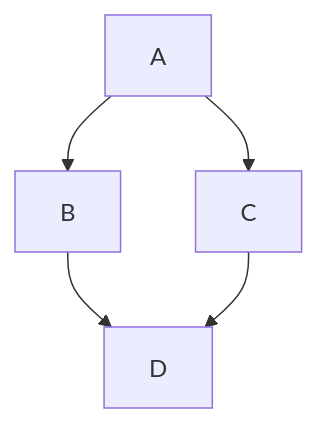
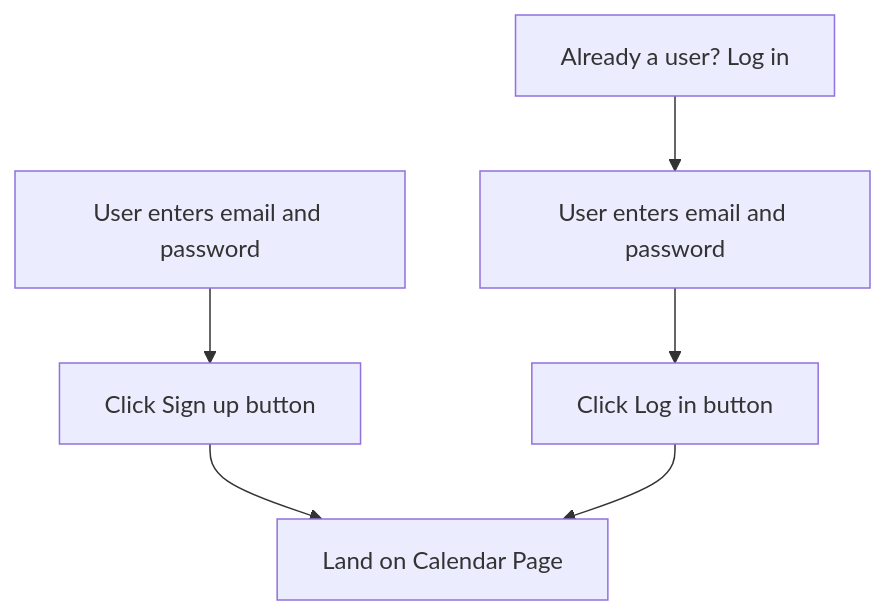
The diagram in team/m3/cladwyne-jocelyn/feature-sequence-diagram.md (tannneer/CS326-GroupProject), drawn with Mermaid before and after one commit. The commit also changed other lines of this file, not shown here.

````diff
--- a/team/m3/cladwyne-jocelyn/feature-sequence-diagram.md
+++ b/team/m3/cladwyne-jocelyn/feature-sequence-diagram.md
@@ -5,7 +6,8 @@
 ```mermaid
 flowchart TD;
-    A-->B;
-    A-->C;
-    B-->D;
-    C-->D;
+    A[User enters email and password] --> B[Click Sign up button];
+    B --> C[Land on Calendar Page];
+    D[Already a user? Log in] --> E[User enters email and password];
+    E --> F[Click Log in button];
+    F --> C[Land on Calendar Page];
 ```
````
